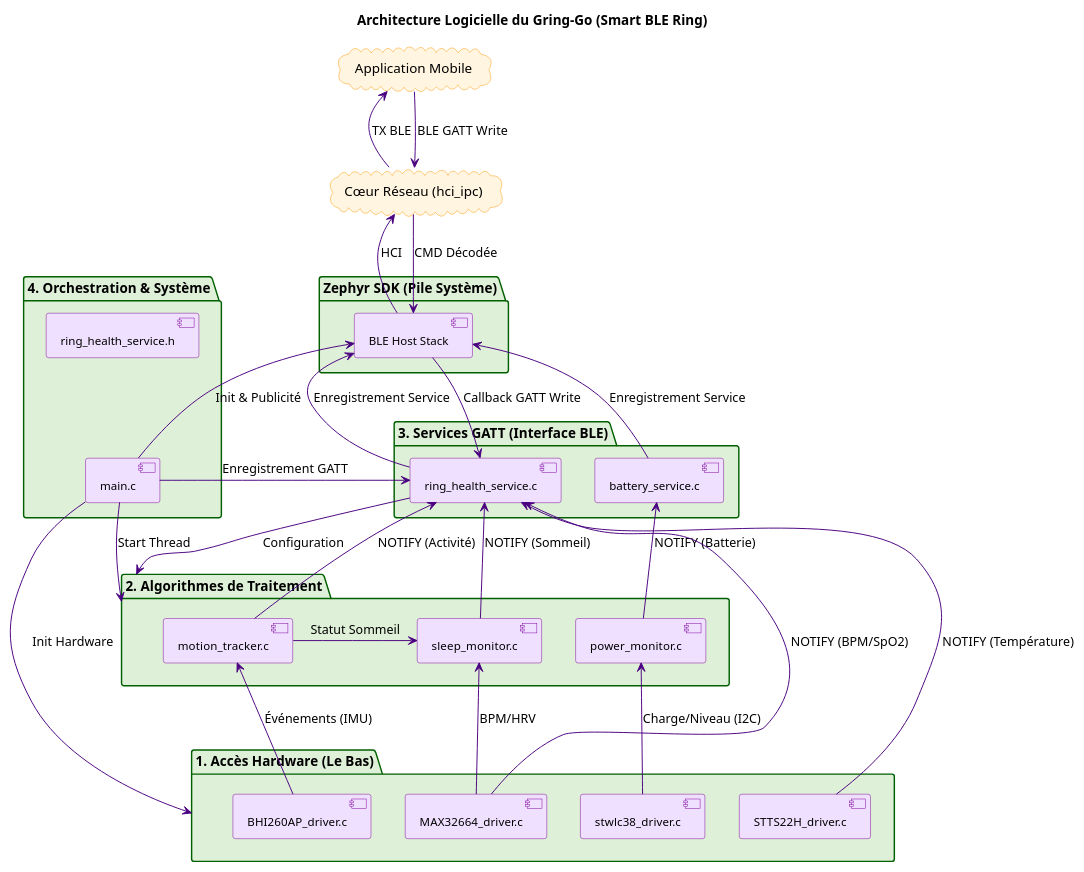
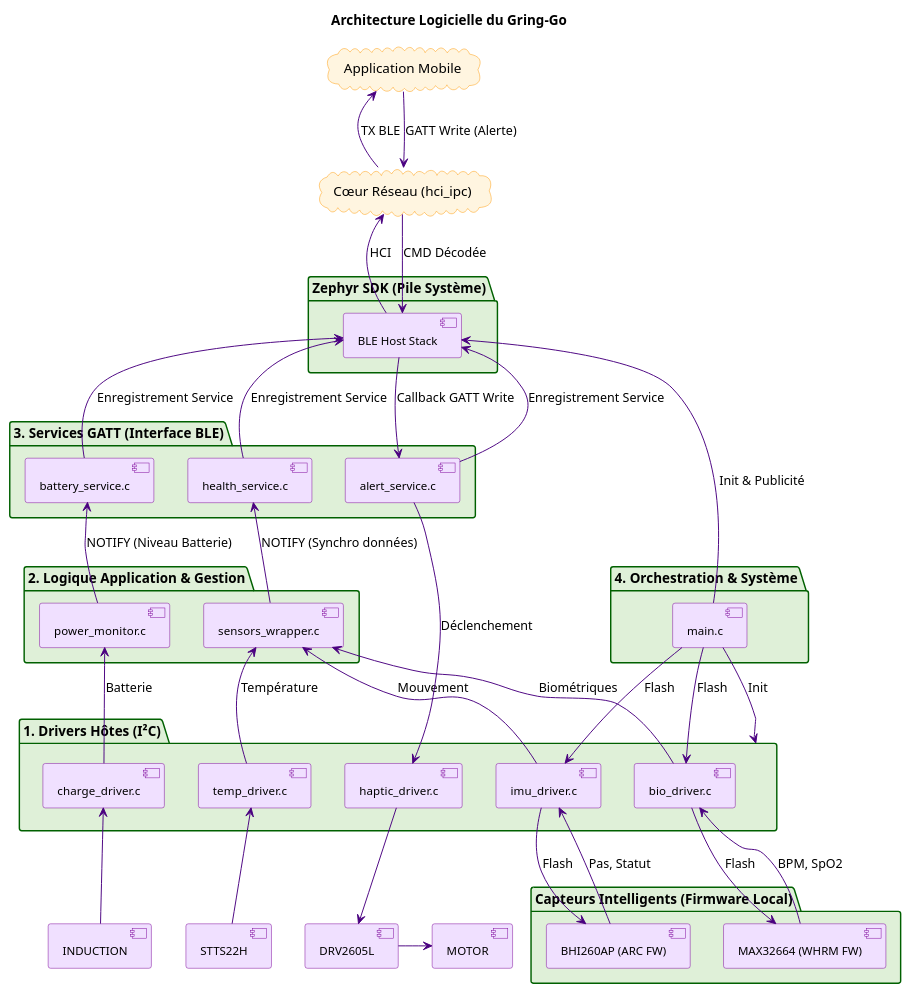
The diagram in SOFTWARE/EMBEDDED/doc/archi.puml (Coloc-CORP/gring-go), drawn with PlantUML before and after one commit. The commit also changed 27 other files, not shown here.

Commit message:
Update the firmware architecture and the files

```diff
--- a/SOFTWARE/EMBEDDED/doc/archi.puml
+++ b/SOFTWARE/EMBEDDED/doc/archi.puml
@@ -1,106 +1,132 @@
 @startuml FW_Architecture_GringGo
 
 ' Configuration du style
 skinparam component {
   BorderColor #7B0099
   BackgroundColor #F0E0FF
   FontSize 12
   ArrowColor #4A0080
   ArrowSize 1.5
 }
 
 skinparam package {
   BorderColor #006000
   BackgroundColor #DFF0D8
   Padding 10
 }
 
 skinparam cloud {
   BackgroundColor #FFF5E0
   BorderColor #FF9900
 }
 
-title Architecture Logicielle du Gring-Go (Smart BLE Ring)
+title Architecture Logicielle du Gring-Go
 
 ' ====================================================================
-' DÉFINITION DES BLOCS
+' 1. DRIVERS HÔTES & ACTIONNEURS (nRF5340 - I/O)
 ' ====================================================================
 
-package "1. Accès Hardware (Le Bas)" as DRIVERS {
-  [BHI260AP_driver.c] as BHI_DRV
-  [MAX32664_driver.c] as MAX_DRV
-  [STTS22H_driver.c] as TEMP_DRV
-  [stwlc38_driver.c] as CHARGE_DRV
+package "Capteurs Intelligents (Firmware Local)" as SENSOR_FIRMWARE {
+  [BHI260AP (ARC FW)] as BHI_FW
+  [MAX32664 (WHRM FW)] as MAX_FW
 }
+
+[STTS22H] as TEMP_S
+[DRV2605L] as HAPTIC_D
+[MOTOR] as HAPTIC_MOT
+[INDUCTION] as INDUC
+
+package "1. Drivers Hôtes (I²C)" as DRIVERS {
+  [imu_driver.c] as IMU_DRV
+  [bio_driver.c] as BIO_DRV
+  [temp_driver.c] as TEMP_DRV
+  [charge_driver.c] as CHARGE_DRV
+  [haptic_driver.c] as HAPTIC_DRV
+}
+
+' ====================================================================
+' 2. LOGIQUE SYSTÈME & ALGORITHMES LÉGERS (nRF5340 Core)
+' ====================================================================
 
 package "Zephyr SDK (Pile Système)" as Z_SDK {
   [BLE Host Stack] as BLE_HOST
 }
 
-package "2. Algorithmes de Traitement" as ALGO {
-  [sleep_monitor.c] as SLEEP_MONITOR
-  [motion_tracker.c] as MOTION_TRACKER
+package "2. Logique Application & Gestion" as APP_LOGIC {
+  [sensors_wrapper.c] as SENS_WRAP 
   [power_monitor.c] as POWER_MONITOR
-
-  SLEEP_MONITOR -[hidden]right-> POWER_MONITOR
 }
 
 package "3. Services GATT (Interface BLE)" as GATT {
-  [ring_health_service.c] as RHS_C
+  [alert_service.c] as ALERT_SVC
+  [health_service.c] as HEALTH_SVC 
   [battery_service.c] as BAS_C
 }
 
 package "4. Orchestration & Système" as CORE {
   [main.c] as MAIN
-  [ring_health_service.h] as RHS_H
-
-  MAIN -[hidden]up-> RHS_H
 }
-
 
 cloud "Cœur Réseau (hci_ipc)" as CPUNET
 cloud "Application Mobile" as MOBILE_APP
 
 ' -------------------------------------------
-' A. FLUX DE LECTURE & TRAITEMENT (Bottom-Up)
+' A. FLUX DE DONNÉES ET COMMANDE (Bottom-Up/Action)
 ' -------------------------------------------
-' Données des Capteurs vers Algorithmes
-MAX_DRV -up-> SLEEP_MONITOR : BPM/HRV
-BHI_DRV -up-> MOTION_TRACKER : Événements (IMU)
-MOTION_TRACKER -right-> SLEEP_MONITOR : Statut Sommeil
-CHARGE_DRV -up-> POWER_MONITOR : Charge/Niveau (I2C)
 
-' Moniteur d'Énergie vers Battery Service
-POWER_MONITOR -up-> BAS_C : NOTIFY (Batterie)
+' 1. Capteurs vers Drivers Hôtes
+BHI_FW -up-> IMU_DRV : Pas, Statut
+MAX_FW -up-> BIO_DRV : BPM, SpO2
+TEMP_S -up-> TEMP_DRV
+HAPTIC_D <-up- HAPTIC_DRV
+HAPTIC_D -r-> HAPTIC_MOT
+INDUC -up-> CHARGE_DRV
 
-' Algorithmes/Drivers vers GATT (Notifications allégées)
-SLEEP_MONITOR -up-> RHS_C : NOTIFY (Sommeil)
-TEMP_DRV -up-> RHS_C : NOTIFY (Température)
-MAX_DRV -up-> RHS_C : NOTIFY (BPM/SpO2)
-MOTION_TRACKER -up-> RHS_C : NOTIFY (Activité)
+IMU_DRV -down-> BHI_FW : Flash
+BIO_DRV -down-> MAX_FW : Flash
+
+' 2. Aggregation et Stockage
+IMU_DRV -up-> SENS_WRAP : Mouvement
+BIO_DRV -up-> SENS_WRAP : Biométriques
+TEMP_DRV -up-> SENS_WRAP : Température
+CHARGE_DRV -up-> POWER_MONITOR : Batterie
+
+' 3. Moniteur d'Énergie vers GATT
+POWER_MONITOR -up-> BAS_C : NOTIFY (Niveau Batterie)
+
+' 4. Haptique (Flux de commande)
+ALERT_SVC -down-> HAPTIC_DRV : Déclenchement
+
+' 5. Données vers Services GATT (Transfert Périodique/Sync)
+SENS_WRAP -up-> HEALTH_SVC : NOTIFY (Synchro données)
 
 ' -------------------------------------------
-' B. FLUX D'INITIALISATION (Vertical Down)
+' B. FLUX D'INITIALISATION & CONTRÔLE
 ' -------------------------------------------
-MAIN -down-> DRIVERS : Init Hardware
-MAIN -right-> RHS_C : Enregistrement GATT
+
+' Initialisation Matérielle et Chargement FW
+MAIN -down-> IMU_DRV : Flash
+MAIN -down-> BIO_DRV : Flash
+MAIN -down-> DRIVERS : Init
+
+' Démarrage du BLE
 MAIN -up-> BLE_HOST : Init & Publicité
 
-' -------------------------------------------
-' C. PILE PROTOCOLAIRE & COMMANDE
-' -------------------------------------------
-RHS_C -up-> BLE_HOST : Enregistrement Service
+' Enregistrement des services
+HEALTH_SVC -up-> BLE_HOST : Enregistrement Service
+ALERT_SVC -up-> BLE_HOST : Enregistrement Service
 BAS_C -up-> BLE_HOST : Enregistrement Service
 
+' -------------------------------------------
+' C. PILE PROTOCOLAIRE BLE
+' -------------------------------------------
 BLE_HOST -up-> CPUNET : HCI
 CPUNET -up-> MOBILE_APP : TX BLE
 
-' Flux de commande
-MOBILE_APP -down-> CPUNET : BLE GATT Write
+' Flux de commande haptique
+MOBILE_APP -down-> CPUNET : GATT Write (Alerte)
 CPUNET -down-> BLE_HOST : CMD Décodée
-BLE_HOST -down-> RHS_C : Callback GATT Write
-RHS_C -down-> ALGO : Configuration
+BLE_HOST -down-> ALERT_SVC : Callback GATT Write
 
-MAIN -down-> ALGO : Start Thread
 
 @enduml
```
